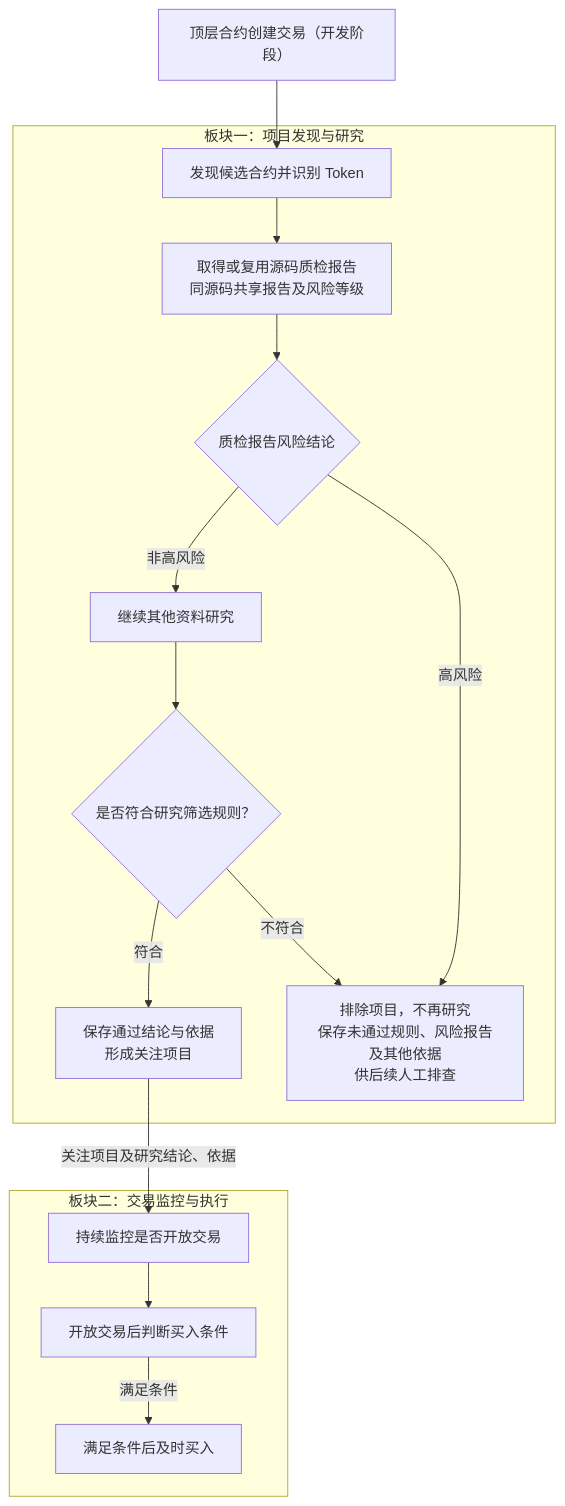
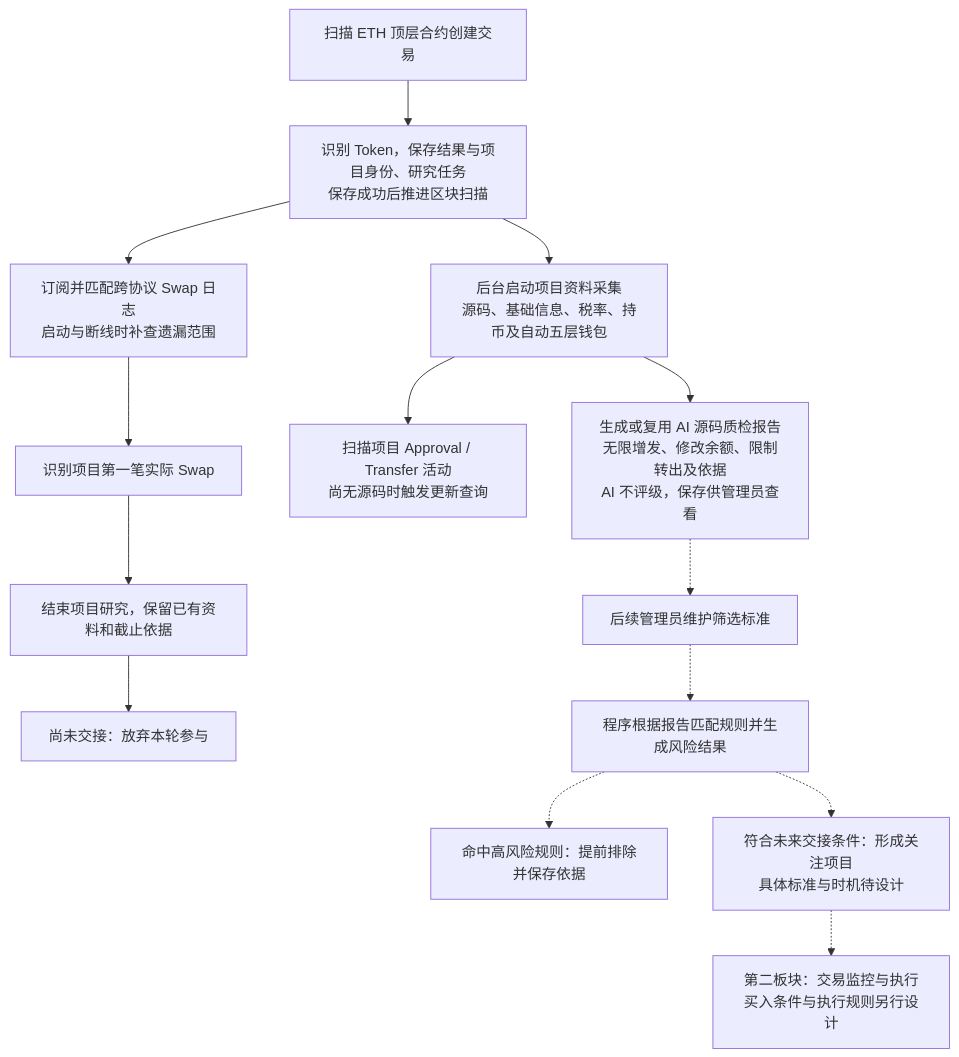
The diagram in docs/project/token-overall-flow.md (useryege/athena-o), drawn with Mermaid before and after one commit. The commit also changed other lines of this file and 17 other files, not shown here.

````diff
--- a/docs/project/token-overall-flow.md
+++ b/docs/project/token-overall-flow.md
@@ -11,28 +9,16 @@
 ```mermaid
 flowchart TD
-    deployed["顶层合约创建交易（开发阶段）"]
-    subgraph research["板块一：项目发现与研究"]
-        discover["发现候选合约并识别 Token"]
-        review["取得或复用源码质检报告<br/>同源码共享报告及风险等级"]
-        risk{"质检报告风险结论"}
-        investigate["继续其他资料研究"]
-        select{"是否符合研究筛选规则？"}
-        selected["保存通过结论与依据<br/>形成关注项目"]
-        filtered["排除项目，不再研究<br/>保存未通过规则、风险报告及其他依据<br/>供后续人工排查"]
-        discover --> review --> risk
-        risk -->|高风险| filtered
-        risk -->|非高风险| investigate
-        investigate --> select
-        select -->|符合| selected
-        select -->|不符合| filtered
-    end
-    subgraph execution["板块二：交易监控与执行"]
-        monitor["持续监控是否开放交易"]
-        conditions["开放交易后判断买入条件"]
-        buy["满足条件后及时买入"]
-        monitor --> conditions
-        conditions -->|满足条件| buy
-    end
-    deployed --> discover
-    selected -->|关注项目及研究结论、依据| monitor
+    deployed["扫描 ETH 顶层合约创建交易"] --> identify["识别 Token，保存结果与项目身份、研究任务<br/>保存成功后推进区块扫描"]
+    identify --> collect["后台启动项目资料采集<br/>源码、基础信息、税率、持币及自动五层钱包"]
+    collect --> report["生成或复用 AI 源码质检报告<br/>无限增发、修改余额、限制转出及依据<br/>AI 不评级，保存供管理员查看"]
+    collect --> activity["扫描项目 Approval / Transfer 活动<br/>尚无源码时触发更新查询"]
+    identify --> watch["订阅并匹配跨协议 Swap 日志<br/>启动与断线时补查遗漏范围"]
+    watch --> first["识别项目第一笔实际 Swap"]
+    first --> stop["结束项目研究，保留已有资料和截止依据"]
+    stop --> notHanded["尚未交接：放弃本轮参与"]
+    report -.-> rules["后续管理员维护筛选标准"]
+    rules -.-> assess["程序根据报告匹配规则并生成风险结果"]
+    assess -.-> high["命中高风险规则：提前排除并保存依据"]
+    assess -.-> handoff["符合未来交接条件：形成关注项目<br/>具体标准与时机待设计"]
+    handoff -.-> execution["第二板块：交易监控与执行<br/>买入条件与执行规则另行设计"]
 ```
````
